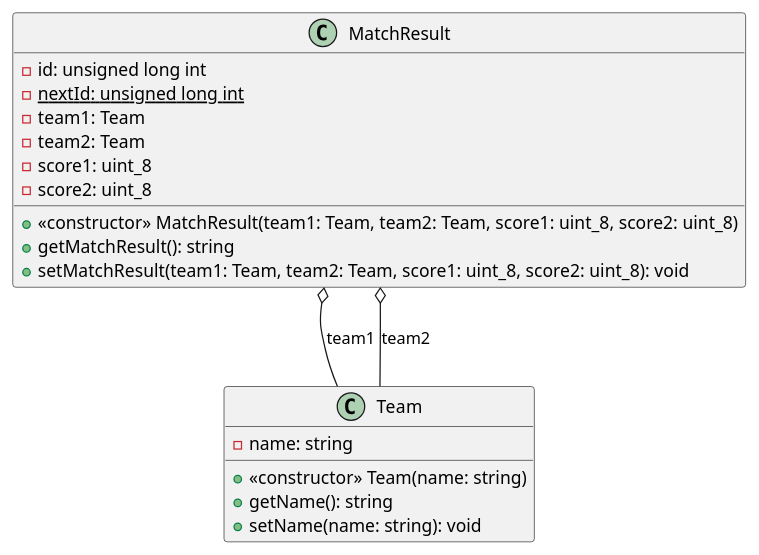
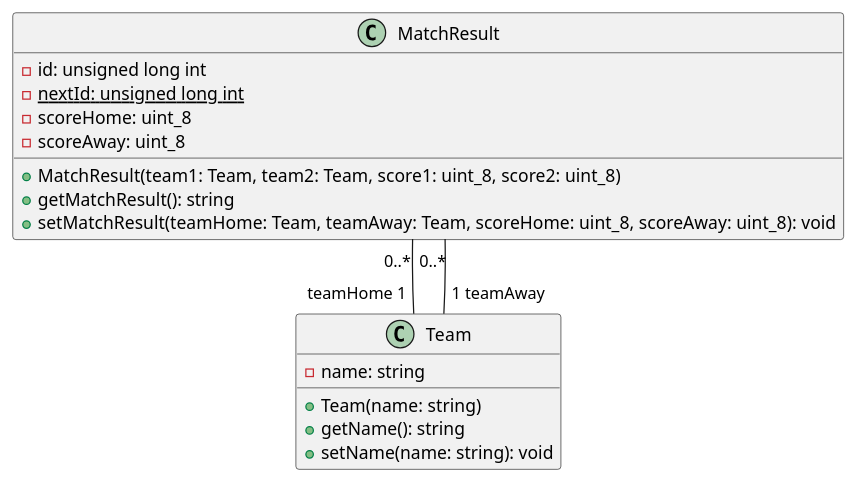
The diagram in project/init-classes.puml (viniciusmioto/finta), drawn with PlantUML before and after one commit. The commit also changed 5 other files, not shown here.

Commit message:
add: Team's match results list

```diff
--- a/project/init-classes.puml
+++ b/project/init-classes.puml
@@ -1,27 +1,25 @@
 @startuml name "finta"
 
 class MatchResult {
   - id: unsigned long int
   - {static} nextId: unsigned long int
-  - team1: Team
-  - team2: Team
-  - score1: uint_8
-  - score2: uint_8
+  - scoreHome: uint_8
+  - scoreAway: uint_8
 
-  + <<constructor>> MatchResult(team1: Team, team2: Team, score1: uint_8, score2: uint_8)
+  + MatchResult(team1: Team, team2: Team, score1: uint_8, score2: uint_8)
   + getMatchResult(): string
-  + setMatchResult(team1: Team, team2: Team, score1: uint_8, score2: uint_8): void
+  + setMatchResult(teamHome: Team, teamAway: Team, scoreHome: uint_8, scoreAway: uint_8): void
 }
 
 class Team {
   - name: string
   
-  + <<constructor>> Team(name: string)
+  + Team(name: string)
   + getName(): string
   + setName(name: string): void
 }
 
-MatchResult o-- Team : team1
-MatchResult o-- Team : team2
+MatchResult "0..*" -- "teamHome 1" Team
+MatchResult "0..*" -- "1 teamAway" Team 
 
 @enduml
```
